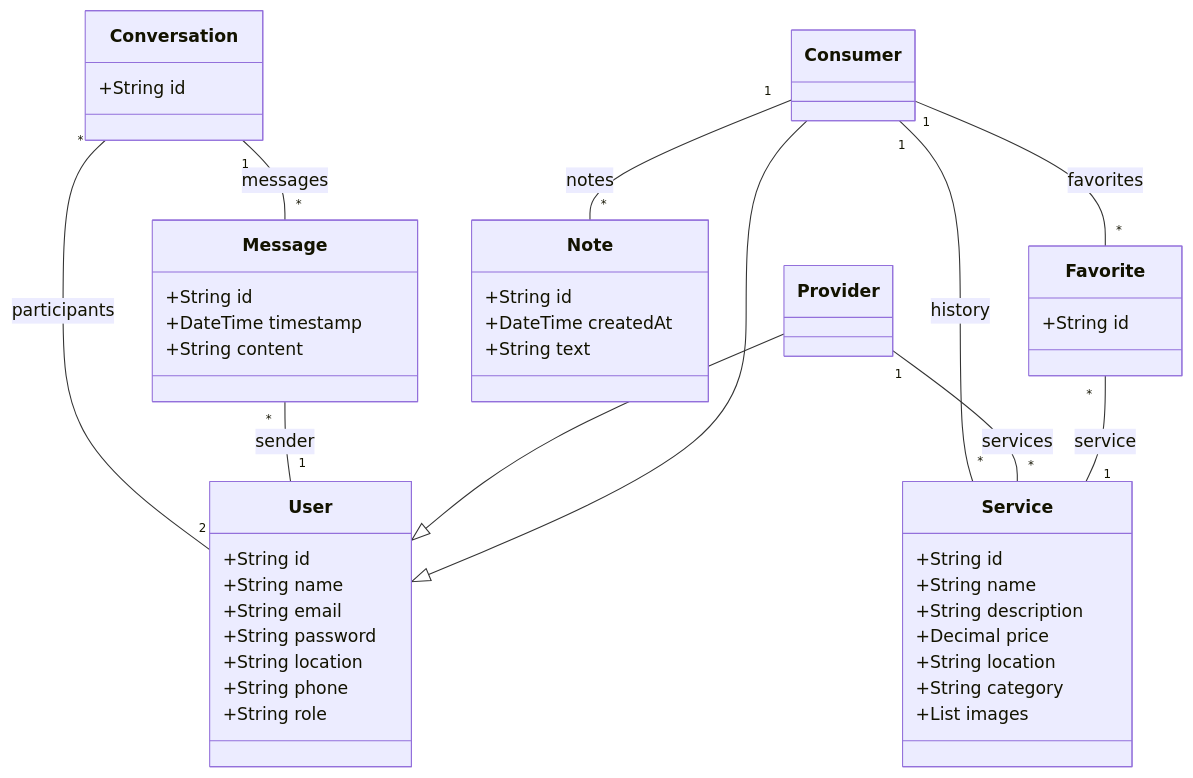
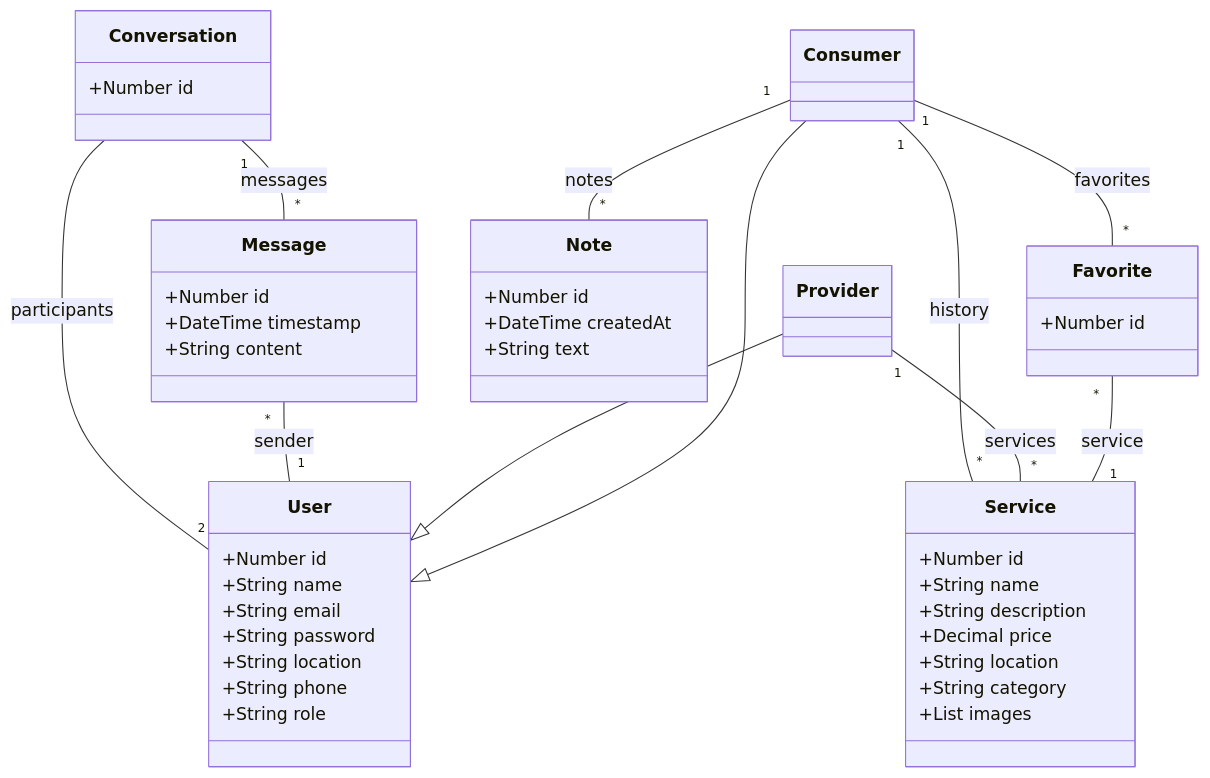
Before and after one commit to Kaualbuquerque/Catalogo-Comunitario-de-Servicos-Locais: the diagram in README.md, drawn with Mermaid. The commit also changed 21 other files, not shown here.

````diff
--- a/README.md
+++ b/README.md
@@ -70,63 +70,63 @@
 ```mermaid
 classDiagram
     %% Classes principais
     class User {
-      +String id
+      +Number id
       +String name
       +String email
       +String password
       +String location
       +String phone
       +String role
     }
     class Consumer
     class Provider
 
     class Service {
-      +String id
+      +Number id
       +String name
       +String description
       +Decimal price
       +String location
       +String category
       +List<String> images
     }
     class Favorite {
-      +String id
+      +Number id
     }
     class Note {
-      +String id
+      +Number id
       +DateTime createdAt
       +String text
     }
     class Conversation {
-      +String id
+      +Number id
     }
     class Message {
-      +String id
+      +Number id
       +DateTime timestamp
       +String content
     }
 
     %% Herança de usuários
     Consumer --|> User
     Provider --|> User
 
     %% Relações consumidor‑serviço
     Consumer "1" -- "*" Favorite : favorites
     Favorite "*" -- "1" Service : service
 
     Consumer "1" -- "*" Note : notes
 
     %% Serviços oferecidos por providers
     Provider "1" -- "*" Service : services
 
     %% Conversas e mensagens
     Conversation "1" -- "*" Message : messages
     Message "*" -- "1" User : sender
     Conversation "*" -- "2" User : participants
 
     %% Histórico de uso (associação direta, opcional de mapear)
     Consumer "1" -- "*" Service : history
 
 ```
````
